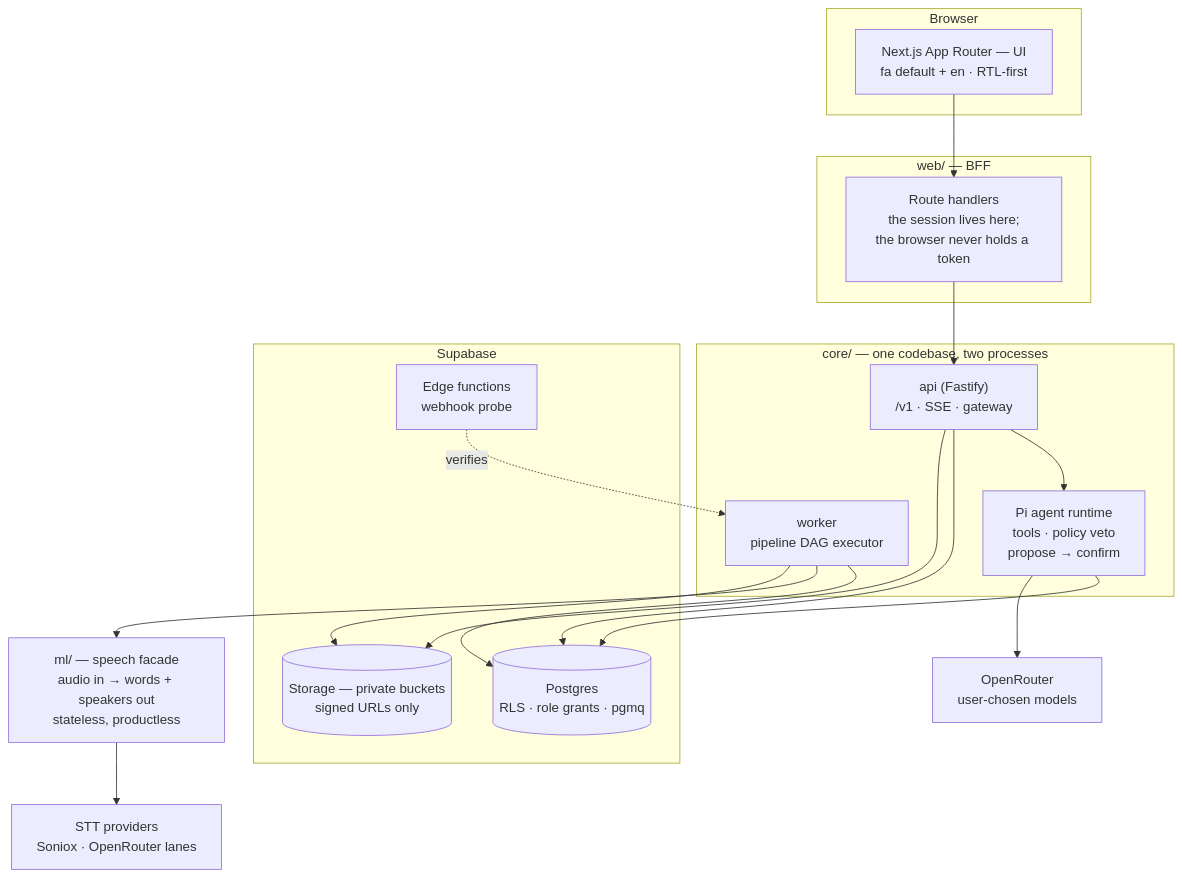
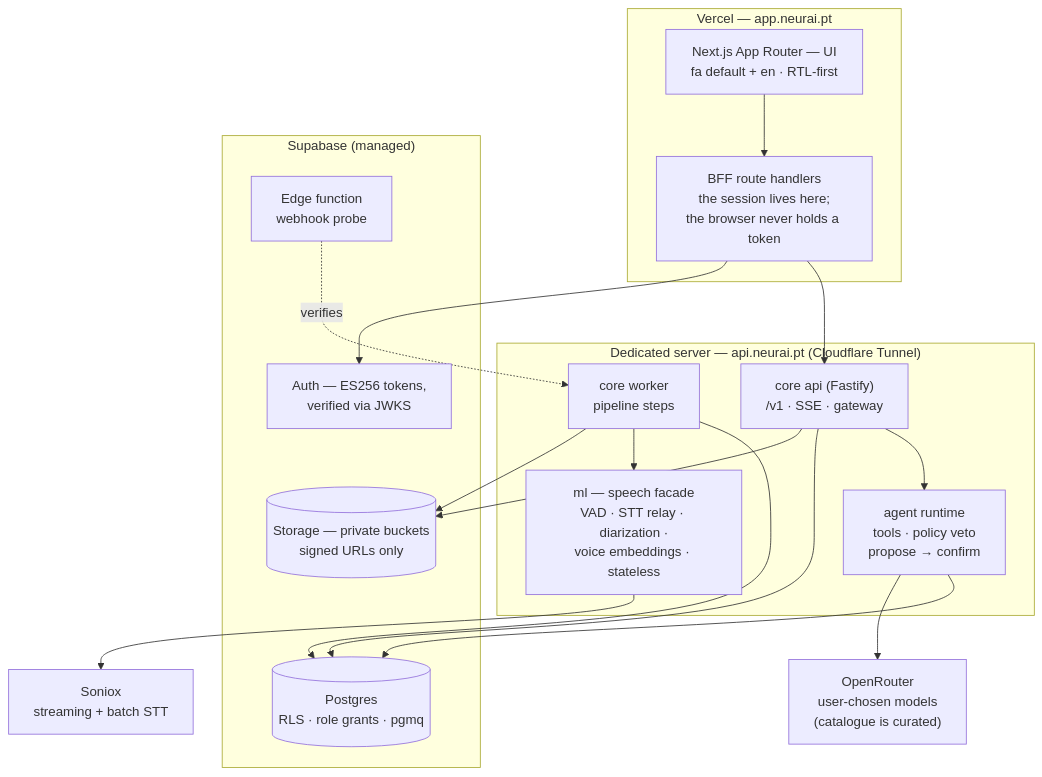
Before and after one commit to Dr-Bagheri/MVP: the first of 2 diagrams in README.md, drawn with Mermaid. The commit also changed other lines of this file and 13 other files, not shown here.

````diff
--- a/README.md
+++ b/README.md
@@ -116,38 +51,37 @@
 ```mermaid
 flowchart TB
-    subgraph client["Browser"]
+    subgraph vercel["Vercel — app.neurai.pt"]
         UI["Next.js App Router — UI<br/>fa default + en · RTL-first"]
+        RT["BFF route handlers<br/>the session lives here;<br/>the browser never holds a token"]
     end
 
-    subgraph bff["web/ — BFF"]
-        RT["Route handlers<br/>the session lives here;<br/>the browser never holds a token"]
+    subgraph hetzner["Dedicated server — api.neurai.pt (Cloudflare Tunnel)"]
+        API["core api (Fastify)<br/>/v1 · SSE · gateway"]
+        AG["agent runtime<br/>tools · policy veto<br/>propose → confirm"]
+        WK["core worker<br/>pipeline steps"]
+        ML["ml — speech facade<br/>VAD · STT relay · diarization ·<br/>voice embeddings · stateless"]
     end
 
-    subgraph app["core/ — one codebase, two processes"]
-        API["api (Fastify)<br/>/v1 · SSE · gateway"]
-        AG["Pi agent runtime<br/>tools · policy veto<br/>propose → confirm"]
-        WK["worker<br/>pipeline DAG executor"]
-    end
+    STT["Soniox<br/>streaming + batch STT"]
+    LLM["OpenRouter<br/>user-chosen models<br/>(catalogue is curated)"]
 
-    ML["ml/ — speech facade<br/>audio in → words + speakers out<br/>stateless, productless"]
-    STT["STT providers<br/>Soniox · OpenRouter lanes"]
-    LLM["OpenRouter<br/>user-chosen models"]
-
-    subgraph sb["Supabase"]
+    subgraph sb["Supabase (managed)"]
         DB[("Postgres<br/>RLS · role grants · pgmq")]
         ST[("Storage — private buckets<br/>signed URLs only")]
-        EF["Edge functions<br/>webhook probe"]
+        AUTH["Auth — ES256 tokens,<br/>verified via JWKS"]
+        EF["Edge function<br/>webhook probe"]
     end
 
     UI --> RT --> API
+    RT --> AUTH
     API --> AG
     API --> DB
     AG --> DB
     AG --> LLM
     WK --> DB
     WK --> ML
     WK --> ST
     ML --> STT
     API --> ST
     EF -.verifies.-> WK
 ```
````
